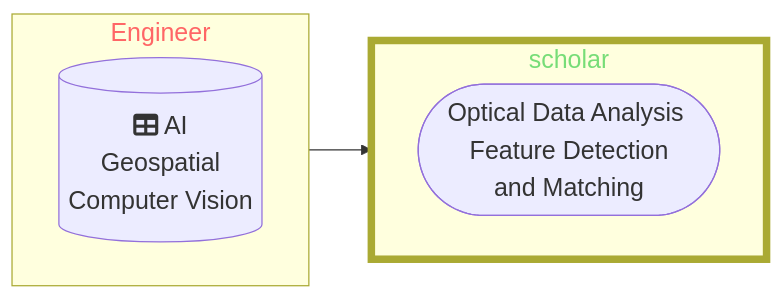
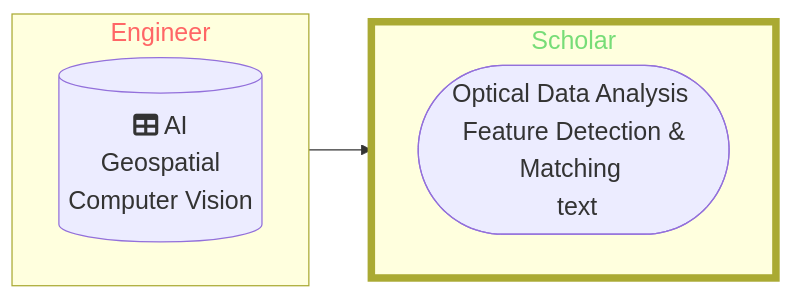
One commit to DippoldEJ/DippoldEJ changed the diagram in README.md. Above: the diagram before and after it, drawn with Mermaid.

````diff
--- a/README.md
+++ b/README.md
@@ -3,26 +3,26 @@
 ```mermaid
 flowchart LR;
 %%{init: {
 	'themeVariables': { 'fontSize': '20px', 'fontFamily': 'Didot'}
 	}
 }%%
 
- subgraph n[Engineer]
+subgraph n[Engineer]
         direction LR
         b[(fa:fa-table AI <br> Geospatial <br> Computer Vision)]
     end
 
-subgraph o[scholar]
+subgraph o[Scholar]
         direction LR
-        j([Optical Data Analysis <br> Feature Detection and Matching])
+        j([Optical Data Analysis <br> Feature Detection & Matching <br> text])
 
     end
  
 
 style n color:#f66
 style o stroke-width:6px
 style o color:#77DD77
 
 n-->o
 
 ```
````
